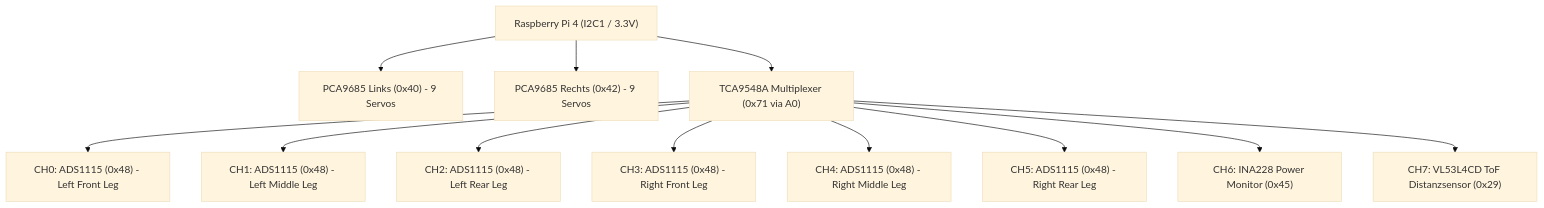
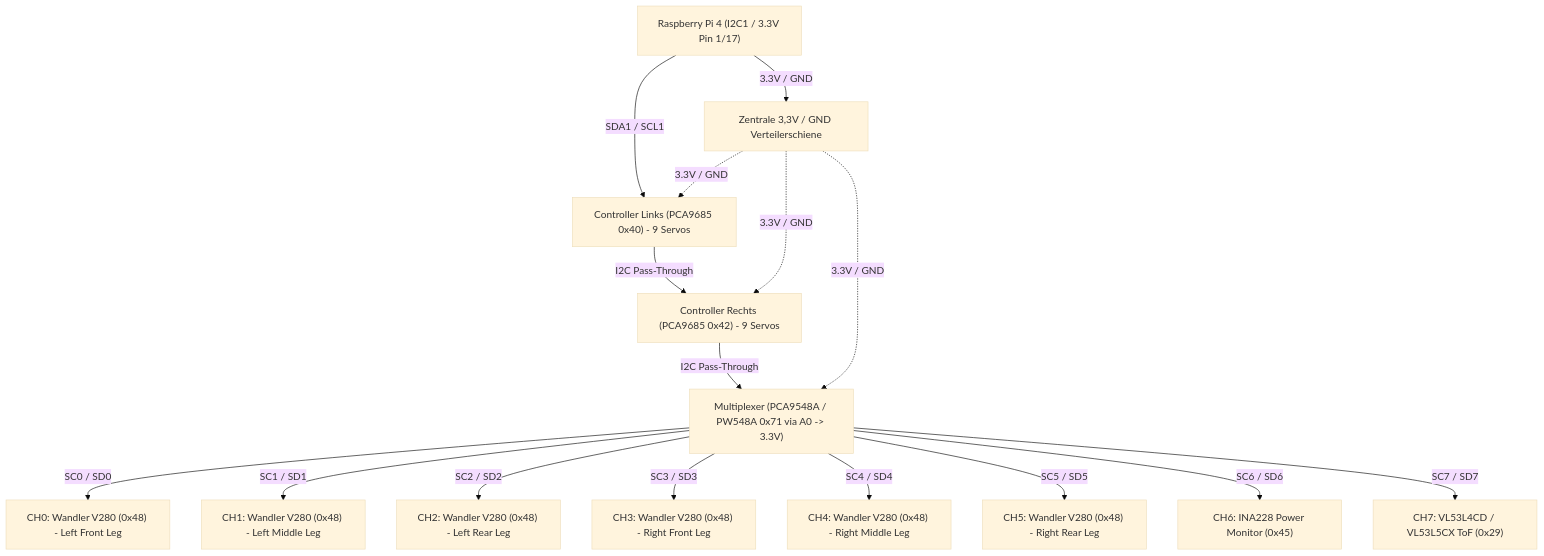
The diagram in docs/hardware/electronics_testbench_guide.md (vern-da-coda/lasius), drawn with Mermaid (base theme) before and after one commit. The commit also changed other lines of this file and 27 other files, not shown here.

````diff
--- a/docs/hardware/electronics_testbench_guide.md
+++ b/docs/hardware/electronics_testbench_guide.md
@@ -13,29 +13,34 @@
 ```mermaid
 flowchart TD
-    Pi["Raspberry Pi 4 (I2C1 / 3.3V)"]
-    PCA1["PCA9685 Links (0x40) - 9 Servos"]
-    PCA2["PCA9685 Rechts (0x42) - 9 Servos"]
-    Mux["TCA9548A Multiplexer (0x71 via A0)"]
+    Pi["Raspberry Pi 4 (I2C1 / 3.3V Pin 1/17)"]
+    Rail["Zentrale 3,3V / GND Verteilerschiene"]
+    Ctrl1["Controller Links (PCA9685 0x40) - 9 Servos"]
+    Ctrl2["Controller Rechts (PCA9685 0x42) - 9 Servos"]
+    Mux["Multiplexer (PCA9548A / PW548A 0x71 via A0 -> 3.3V)"]
     
-    ADC0["CH0: ADS1115 (0x48) - Left Front Leg"]
-    ADC1["CH1: ADS1115 (0x48) - Left Middle Leg"]
-    ADC2["CH2: ADS1115 (0x48) - Left Rear Leg"]
-    ADC3["CH3: ADS1115 (0x48) - Right Front Leg"]
-    ADC4["CH4: ADS1115 (0x48) - Right Middle Leg"]
-    ADC5["CH5: ADS1115 (0x48) - Right Rear Leg"]
+    ADC0["CH0: Wandler V280 (0x48) - Left Front Leg"]
+    ADC1["CH1: Wandler V280 (0x48) - Left Middle Leg"]
+    ADC2["CH2: Wandler V280 (0x48) - Left Rear Leg"]
+    ADC3["CH3: Wandler V280 (0x48) - Right Front Leg"]
+    ADC4["CH4: Wandler V280 (0x48) - Right Middle Leg"]
+    ADC5["CH5: Wandler V280 (0x48) - Right Rear Leg"]
     CH6["CH6: INA228 Power Monitor (0x45)"]
-    CH7["CH7: VL53L4CD ToF Distanzsensor (0x29)"]
+    CH7["CH7: VL53L4CD / VL53L5CX ToF (0x29)"]
 
-    Pi --> PCA1
-    Pi --> PCA2
-    Pi --> Mux
+    Pi -->|SDA1 / SCL1| Ctrl1
+    Ctrl1 -->|I2C Pass-Through| Ctrl2
+    Ctrl2 -->|I2C Pass-Through| Mux
+    Pi -->|3.3V / GND| Rail
+    Rail -.->|3.3V / GND| Ctrl1
+    Rail -.->|3.3V / GND| Ctrl2
+    Rail -.->|3.3V / GND| Mux
 
-    Mux --> ADC0
-    Mux --> ADC1
-    Mux --> ADC2
-    Mux --> ADC3
-    Mux --> ADC4
-    Mux --> ADC5
-    Mux --> CH6
-    Mux --> CH7
+    Mux -->|SC0 / SD0| ADC0
+    Mux -->|SC1 / SD1| ADC1
+    Mux -->|SC2 / SD2| ADC2
+    Mux -->|SC3 / SD3| ADC3
+    Mux -->|SC4 / SD4| ADC4
+    Mux -->|SC5 / SD5| ADC5
+    Mux -->|SC6 / SD6| CH6
+    Mux -->|SC7 / SD7| CH7
 ```
````
